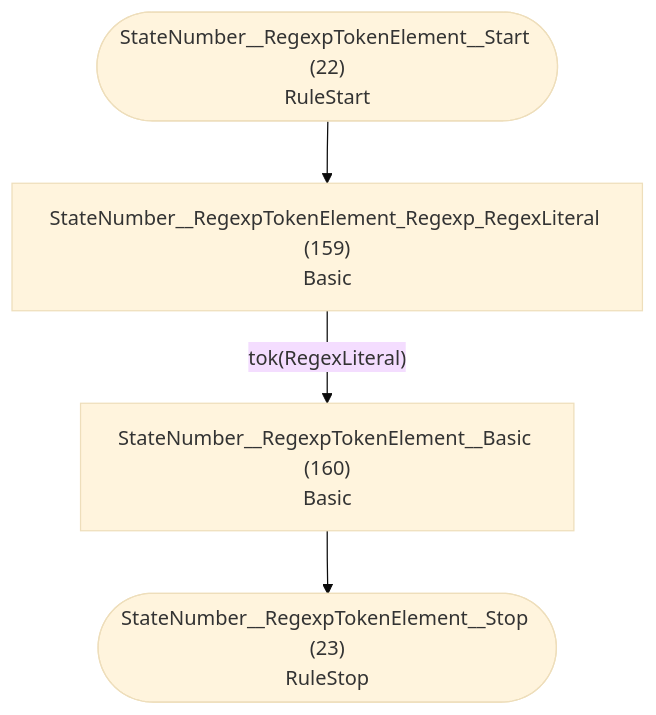
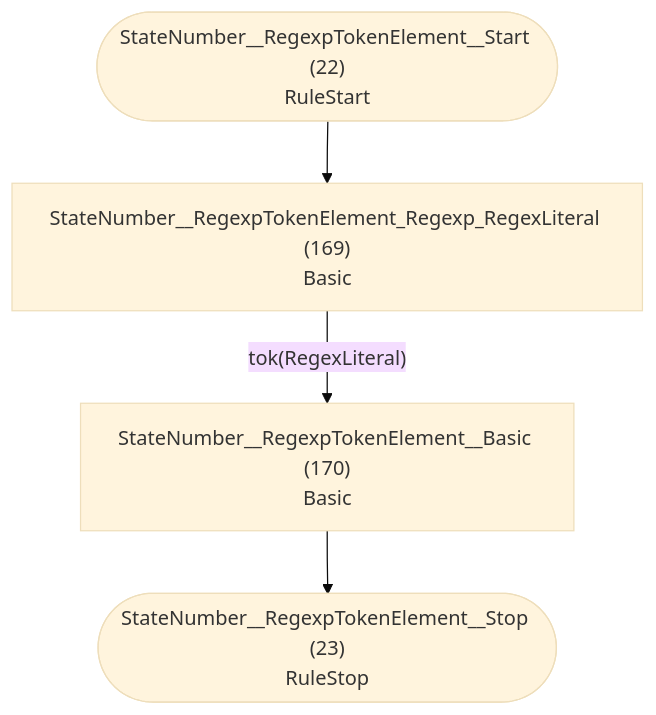
One commit to TypeFox/fastbelt changed diagram 12 of 33 in internal/grammar/atn.md. Above: the diagram before and after it, drawn with Mermaid (base theme). The commit also changed other lines of this file and 6 other files, not shown here.

````diff
--- a/internal/grammar/atn.md
+++ b/internal/grammar/atn.md
@@ -324,11 +343,11 @@
 ```mermaid
 flowchart TD
     q22(["StateNumber__RegexpTokenElement__Start (22)<br/>RuleStart"])
     q23(["StateNumber__RegexpTokenElement__Stop (23)<br/>RuleStop"])
-    q159["StateNumber__RegexpTokenElement_Regexp_RegexLiteral (159)<br/>Basic<br/>"]
-    q160["StateNumber__RegexpTokenElement__Basic (160)<br/>Basic<br/>"]
+    q169["StateNumber__RegexpTokenElement_Regexp_RegexLiteral (169)<br/>Basic<br/>"]
+    q170["StateNumber__RegexpTokenElement__Basic (170)<br/>Basic<br/>"]
 
-    q22 --> q159
-    q159 -->|"tok(RegexLiteral)"| q160
-    q160 --> q23
+    q22 --> q169
+    q169 -->|"tok(RegexLiteral)"| q170
+    q170 --> q23
 ```
````
